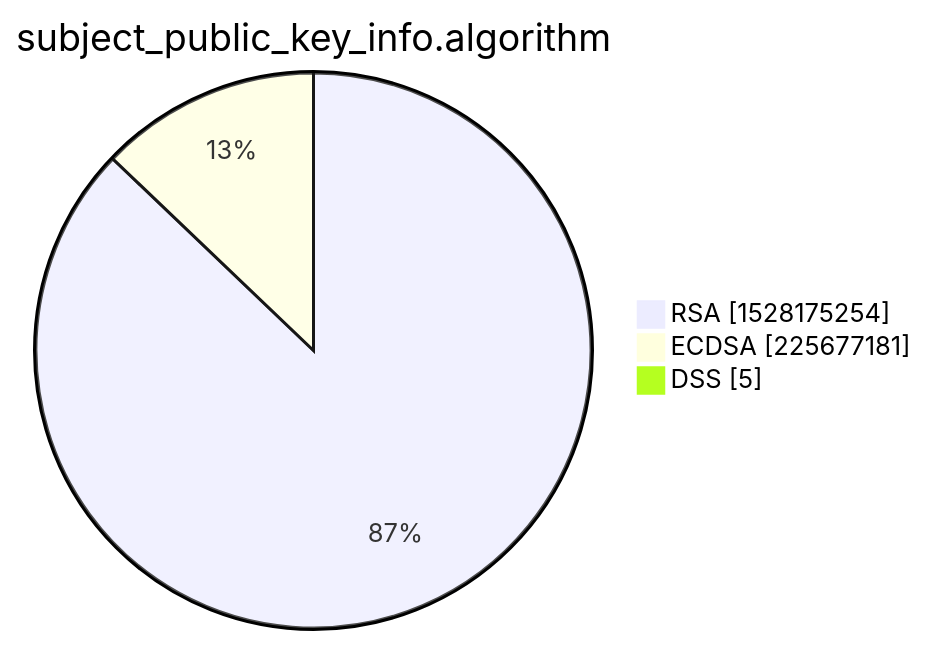
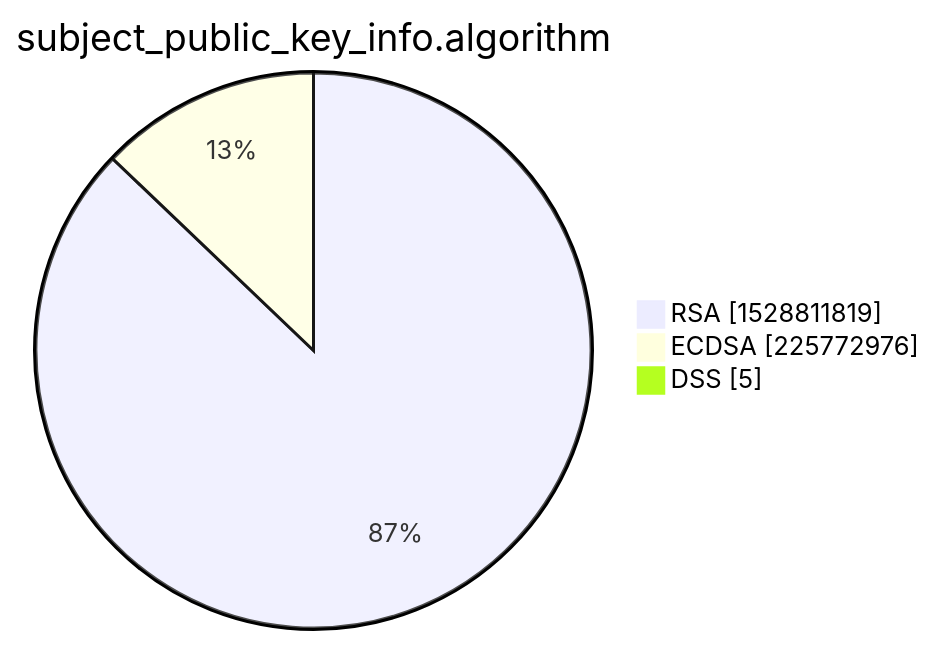
Before and after one commit to christiankrug/ctmonitor_visualization: the third of 15 diagrams in xenon2022/README.md, drawn with Mermaid. The commit also changed other lines of this file, not shown here.

````diff
--- a/xenon2022/README.md
+++ b/xenon2022/README.md
@@ -14,7 +14,7 @@
 ```mermaid
 pie showData
 title subject_public_key_info.algorithm
-"RSA" :1528175254
-"ECDSA" :225677181
+"RSA" :1528811819
+"ECDSA" :225772976
 "DSS" :5
 ```
````
